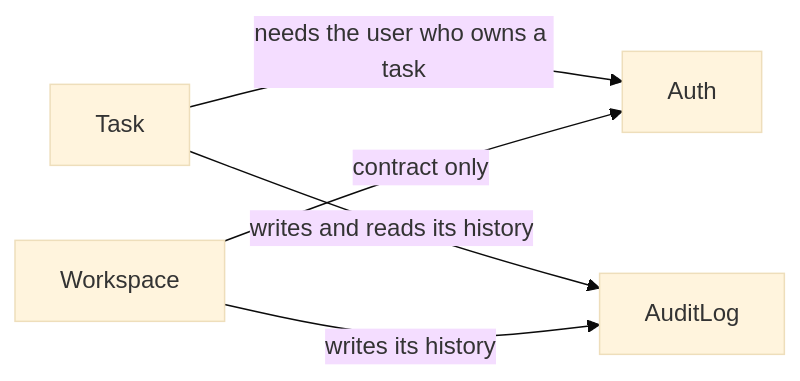
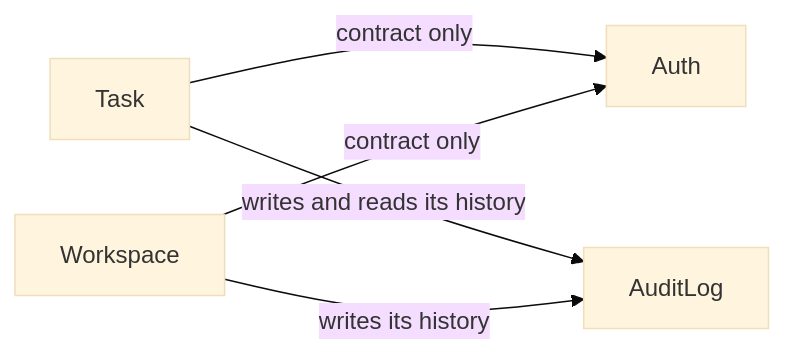
The first of 2 diagrams in README.md (NikitaSomik/symfony-todo-app), drawn with Mermaid (base theme) before and after one commit. The commit also changed 36 other files, not shown here.

Commit message:
refactor(task): keep the creator as an id and reach auth through its contract (#77)

````diff
--- a/README.md
+++ b/README.md
@@ -66,7 +66,7 @@
 ```mermaid
 flowchart LR
-    Task -->|needs the user who owns a task| Auth
+    Task -->|contract only| Auth
     Task -->|writes and reads its history| AuditLog
     Workspace -->|contract only| Auth
     Workspace -->|writes its history| AuditLog
 ```
````
